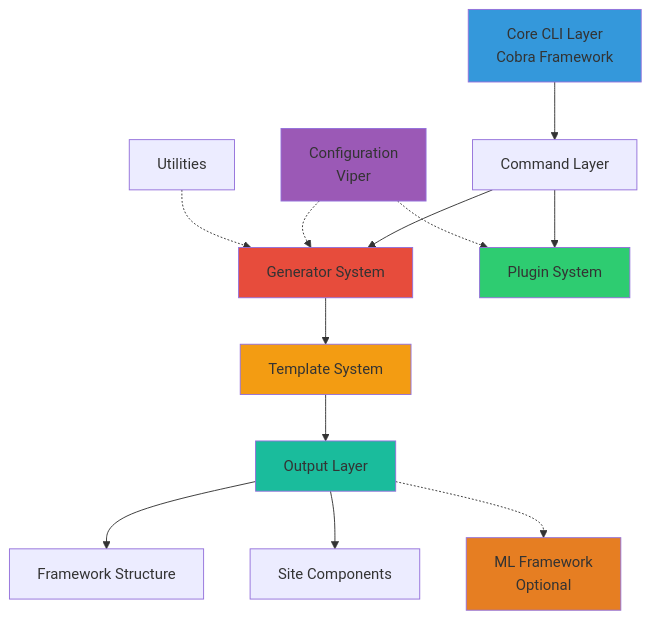
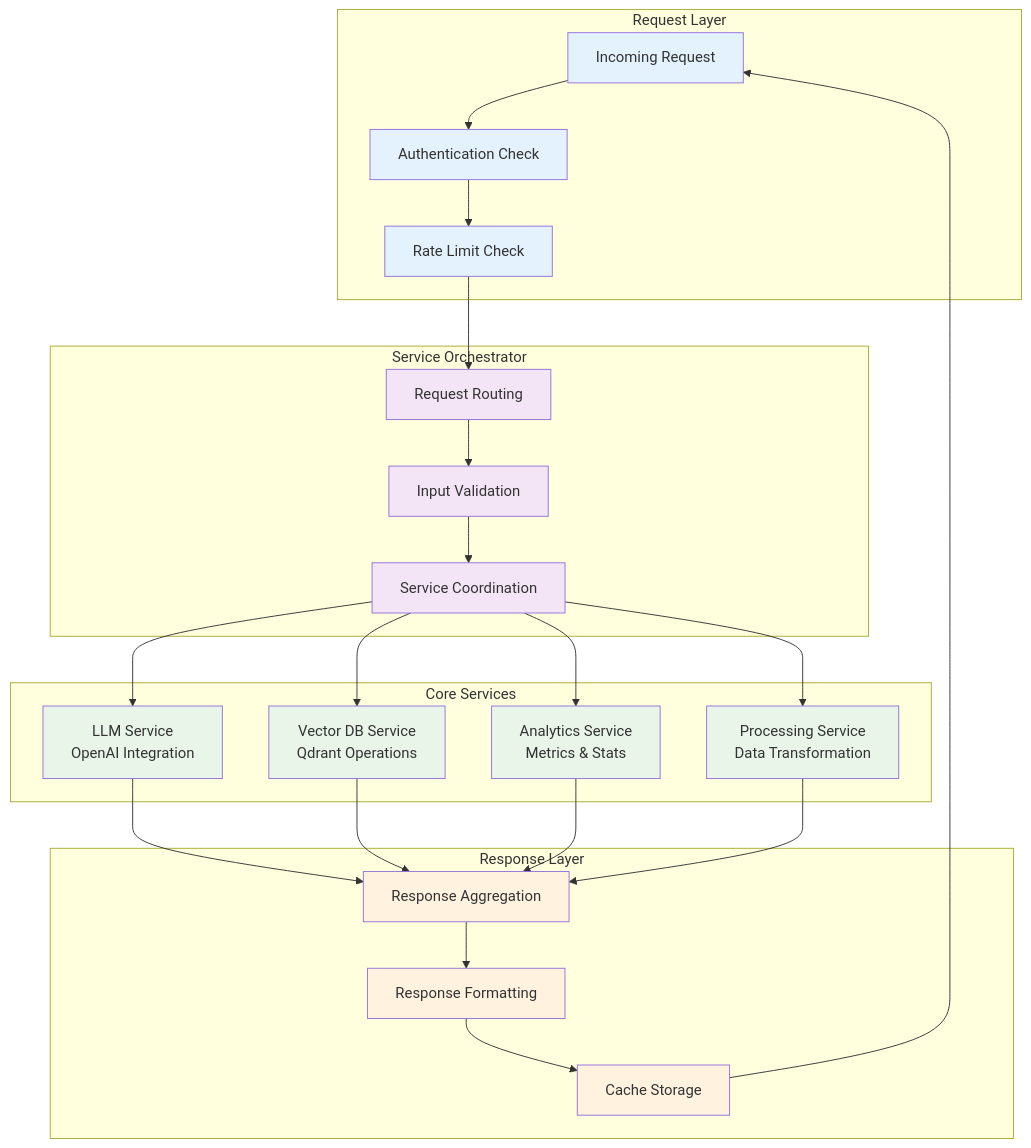
Before and after one commit to orieken/friday: the seventh of 14 diagrams in ARCHITECTURE_OVERVIEW.md, drawn with Mermaid. The commit also changed other lines of this file, not shown here.

Commit message:
:pencil: (architecture overview) updated to correct version

````diff
--- a/ARCHITECTURE_OVERVIEW.md
+++ b/ARCHITECTURE_OVERVIEW.md
@@ -9,22 +390,58 @@
 ```mermaid
 graph TB
-    CLI[Core CLI Layer<br/>Cobra Framework] --> CMD[Command Layer]
-    CMD --> GEN[Generator System]
-    CMD --> PLUGIN[Plugin System]
-    GEN --> TMPL[Template System]
-    TMPL --> OUT[Output Layer]
-    CONFIG[Configuration<br/>Viper] -.-> GEN
-    CONFIG -.-> PLUGIN
-    UTILS[Utilities] -.-> GEN
-    OUT --> FRAMEWORK[Framework Structure]
-    OUT --> COMPONENTS[Site Components]
-    OUT -.-> ML[ML Framework<br/>Optional]
+    subgraph "Request Layer"
+        REQ[Incoming Request]
+        AUTH_CHK[Authentication Check]
+        RATE_CHK[Rate Limit Check]
+    end
     
-    style CLI fill:#3498db
-    style GEN fill:#e74c3c
-    style PLUGIN fill:#2ecc71
-    style TMPL fill:#f39c12
-    style CONFIG fill:#9b59b6
-    style OUT fill:#1abc9c
-    style ML fill:#e67e22
+    subgraph "Service Orchestrator"
+        ROUTE[Request Routing]
+        VALIDATE[Input Validation]
+        COORDINATE[Service Coordination]
+    end
+    
+    subgraph "Core Services"
+        LLM[LLM Service<br/>OpenAI Integration]
+        VECTOR[Vector DB Service<br/>Qdrant Operations]
+        ANALYTICS[Analytics Service<br/>Metrics & Stats]
+        PROCESS[Processing Service<br/>Data Transformation]
+    end
+    
+    subgraph "Response Layer"
+        AGGREGATE[Response Aggregation]
+        FORMAT[Response Formatting]
+        CACHE_STORE[Cache Storage]
+    end
+    
+    REQ --> AUTH_CHK
+    AUTH_CHK --> RATE_CHK
+    RATE_CHK --> ROUTE
+    
+    ROUTE --> VALIDATE
+    VALIDATE --> COORDINATE
+    
+    COORDINATE --> LLM
+    COORDINATE --> VECTOR
+    COORDINATE --> ANALYTICS
+    COORDINATE --> PROCESS
+    
+    LLM --> AGGREGATE
+    VECTOR --> AGGREGATE
+    ANALYTICS --> AGGREGATE
+    PROCESS --> AGGREGATE
+    
+    AGGREGATE --> FORMAT
+    FORMAT --> CACHE_STORE
+    CACHE_STORE --> REQ
+    
+    classDef request fill:#e3f2fd
+    classDef orchestrator fill:#f3e5f5
+    classDef core fill:#e8f5e8
+    classDef response fill:#fff3e0
+    
+    class REQ,AUTH_CHK,RATE_CHK request
+    class ROUTE,VALIDATE,COORDINATE orchestrator
+    class LLM,VECTOR,ANALYTICS,PROCESS core
+    class AGGREGATE,FORMAT,CACHE_STORE response
 ```
````
